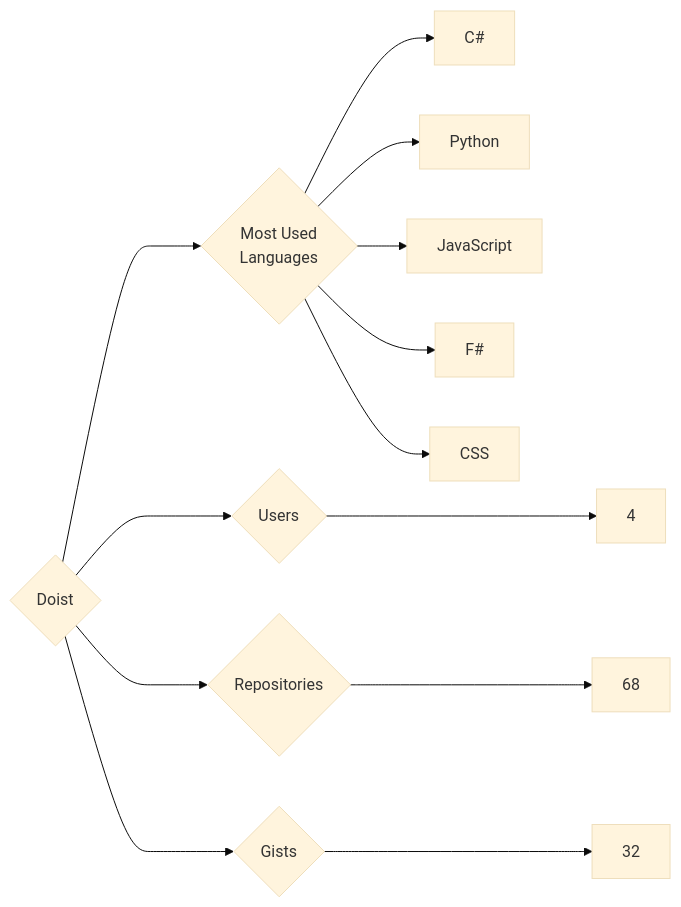
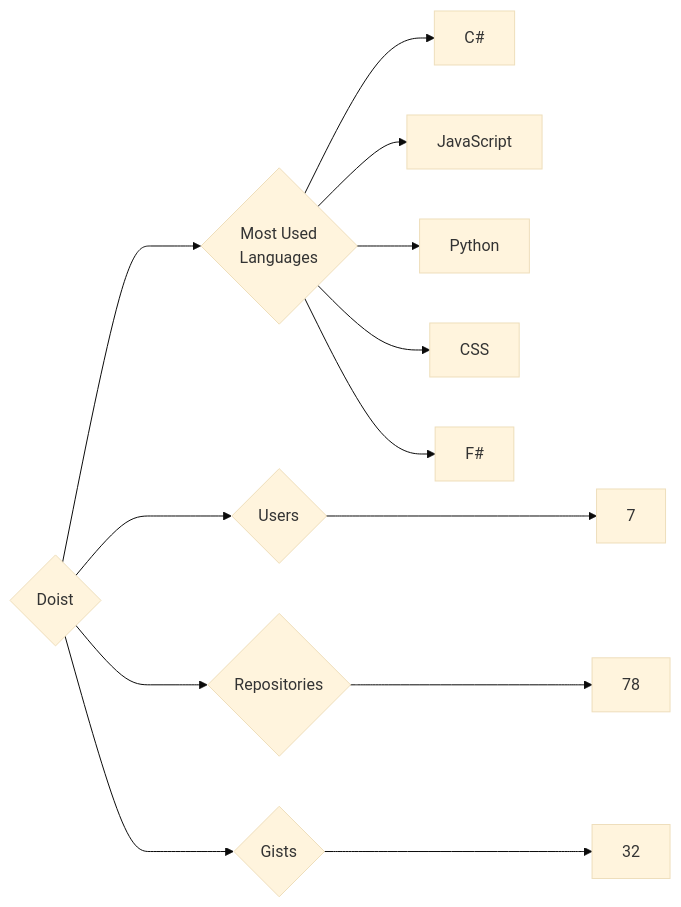
One commit to trickest/insiders changed the diagram in targets/Doist/README.md. Above: the diagram before and after it, drawn with Mermaid (base theme). The commit also changed 859 other files, not shown here.

````diff
--- a/targets/Doist/README.md
+++ b/targets/Doist/README.md
@@ -3,13 +3,13 @@
 ```mermaid
 graph LR
 COMPANY_NAME{Doist}
-COMPANY_NAME ---> U{Users} ---> UN[4]
-COMPANY_NAME ---> R{Repositories} ---> RN[68]
+COMPANY_NAME ---> U{Users} ---> UN[7]
+COMPANY_NAME ---> R{Repositories} ---> RN[78]
 COMPANY_NAME ---> G{Gists} ---> GN[32]
 COMPANY_NAME ---> ML{Most Used<br>Languages}
 ML --> C#[C#]
+ML --> JavaScript[JavaScript]
 ML --> Python[Python]
-ML --> JavaScript[JavaScript]
+ML --> CSS[CSS]
 ML --> F#[F#]
-ML --> CSS[CSS]
 ```
````
